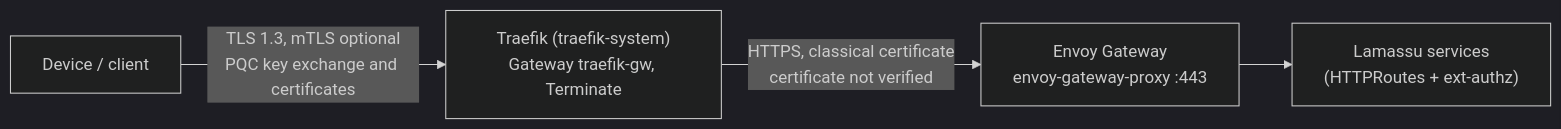
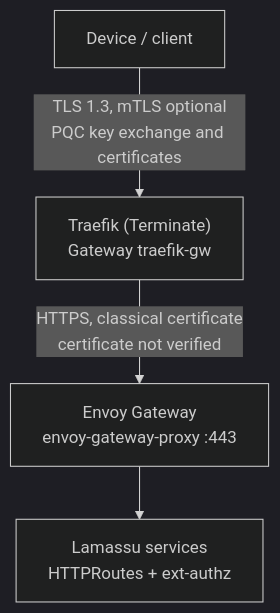
The diagram in content/docs/platform/pqc/deployment.mdx (lamassuiot/docs), drawn with Mermaid (dark theme) before and after one commit. The commit also changed 3 other files, not shown here.

Commit message:
docs: update deployment and overview documentation to improve clarity and diagram formatting

````diff
--- a/content/docs/platform/pqc/deployment.mdx
+++ b/content/docs/platform/pqc/deployment.mdx
@@ -14,6 +14,6 @@
 ```mermaid
-flowchart LR
-    D["Device / client"] -->|"TLS 1.3, mTLS optional<br/>PQC key exchange and certificates"| T["Traefik (traefik-system)<br/>Gateway traefik-gw, Terminate"]
+flowchart TB
+    D["Device / client"] -->|"TLS 1.3, mTLS optional<br/>PQC key exchange and certificates"| T["Traefik (Terminate)<br/>Gateway traefik-gw"]
     T -->|"HTTPS, classical certificate<br/>certificate not verified"| E["Envoy Gateway<br/>envoy-gateway-proxy :443"]
-    E --> S["Lamassu services<br/>(HTTPRoutes + ext-authz)"]
+    E --> S["Lamassu services<br/>HTTPRoutes + ext-authz"]
 ```
````
